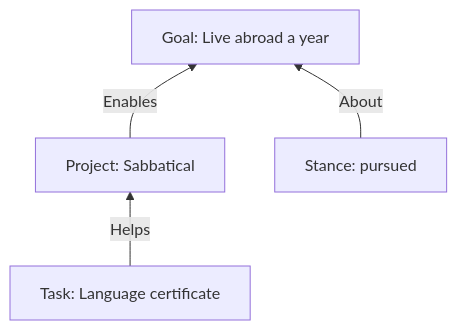
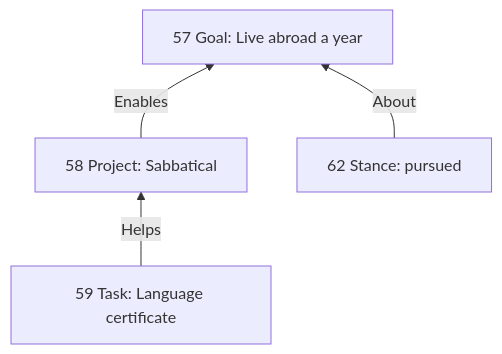
One commit to RezaOnGithub/lifecore changed the eighth of 12 diagrams in docs/PLANNING-EXPLAINER.md. Above: the diagram before and after it, drawn with Mermaid. The commit also changed other lines of this file and 1 other file, not shown here.

````diff
--- a/docs/PLANNING-EXPLAINER.md
+++ b/docs/PLANNING-EXPLAINER.md
@@ -324,6 +826,6 @@
 ```mermaid
 flowchart BT
-    Q["Task: Language certificate"] -- Helps --> P["Project: Sabbatical"]
-    P -- Enables --> G["Goal: Live abroad a year"]
-    S["Stance: pursued"] -- About --> G
+    Q["59 Task: Language certificate"] -- Helps --> P["58 Project: Sabbatical"]
+    P -- Enables --> G["57 Goal: Live abroad a year"]
+    S["62 Stance: pursued"] -- About --> G
 ```
````
